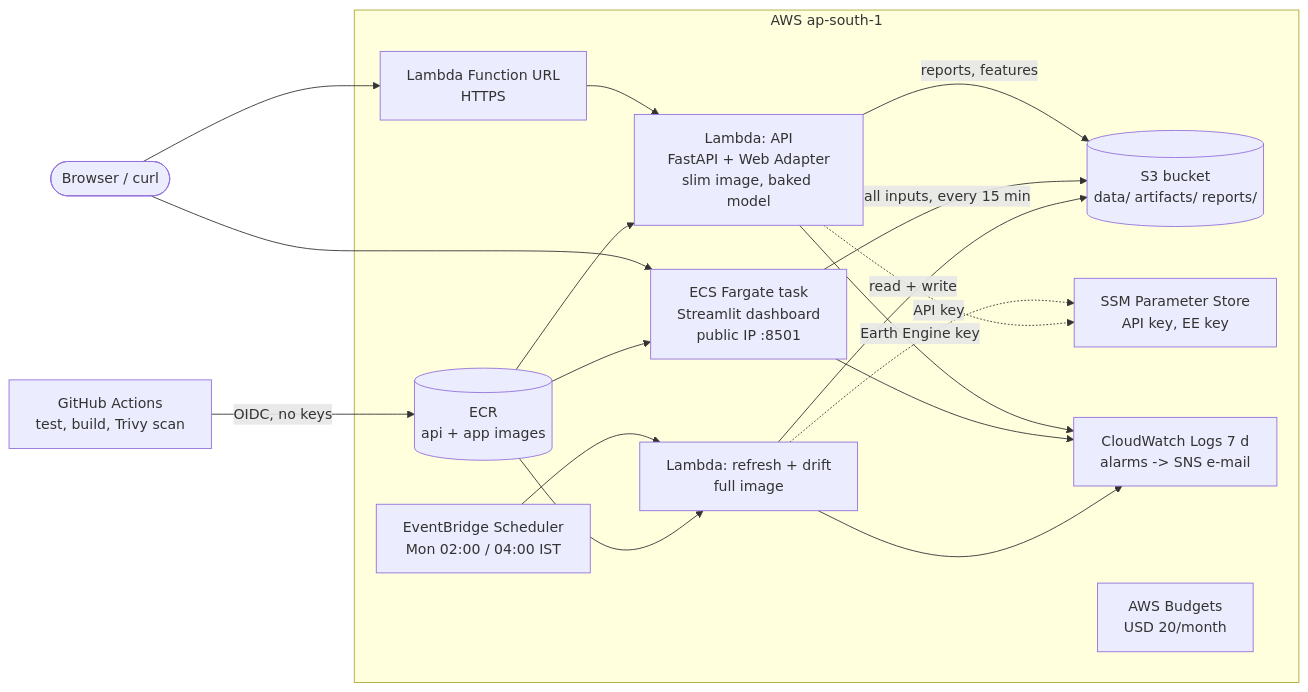
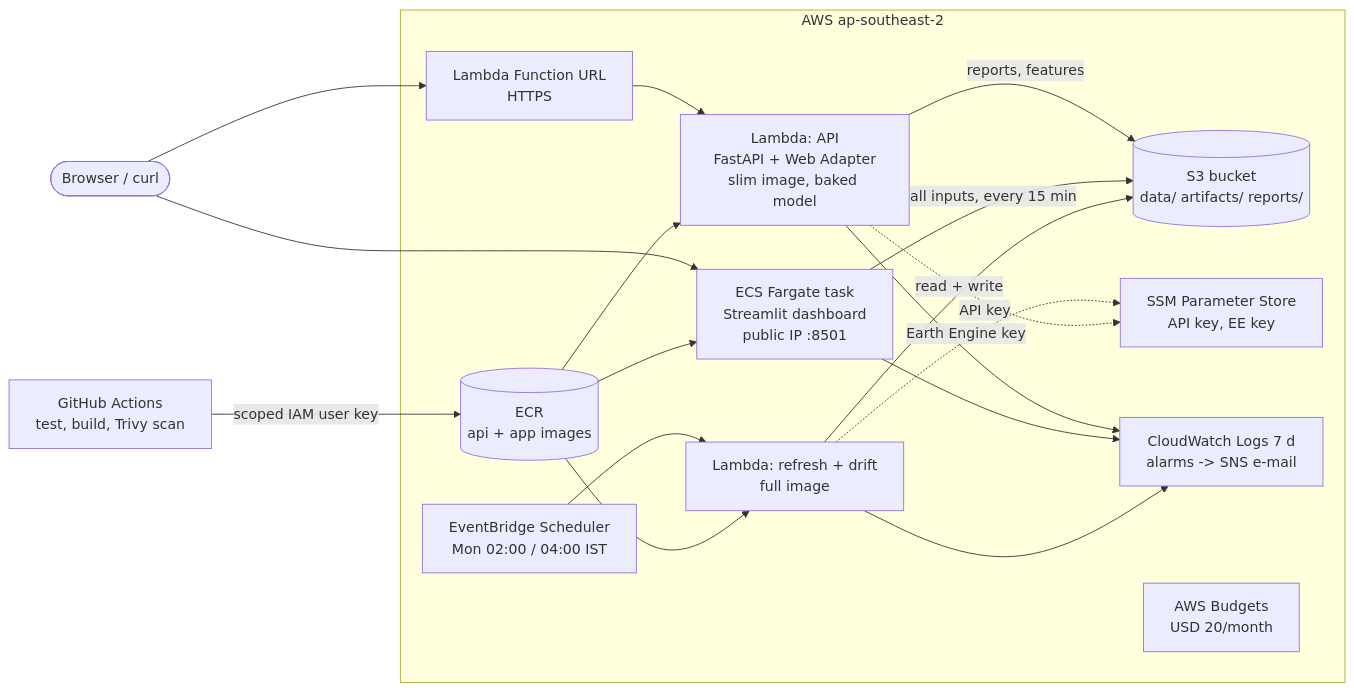
Before and after one commit to senthil-kanna/qglacierwatch: the diagram in docs/aws-deployment.md, drawn with Mermaid. The commit also changed other lines of this file and 3 other files, not shown here.

Commit message:
docs(aws): Sydney region, profile qgw, github-keys flow, Price List costs

````diff
--- a/docs/aws-deployment.md
+++ b/docs/aws-deployment.md
@@ -12,28 +23,28 @@
 ```mermaid
 flowchart LR
     user([Browser / curl])
     gh[GitHub Actions<br/>test, build, Trivy scan]
-    subgraph aws[AWS ap-south-1]
+    subgraph aws[AWS ap-southeast-2]
         url[Lambda Function URL<br/>HTTPS]
         api[Lambda: API<br/>FastAPI + Web Adapter<br/>slim image, baked model]
         ecs[ECS Fargate task<br/>Streamlit dashboard<br/>public IP :8501]
         sch[EventBridge Scheduler<br/>Mon 02:00 / 04:00 IST]
         jobs[Lambda: refresh + drift<br/>full image]
         s3[(S3 bucket<br/>data/ artifacts/ reports/)]
         ecr[(ECR<br/>api + app images)]
         ssm[SSM Parameter Store<br/>API key, EE key]
         cw[CloudWatch Logs 7 d<br/>alarms -> SNS e-mail]
         bud[AWS Budgets<br/>USD 20/month]
     end
     user --> url --> api
     user --> ecs
     sch --> jobs
     api -- reports, features --> s3
     ecs -- all inputs, every 15 min --> s3
     jobs -- read + write --> s3
     jobs -. Earth Engine key .-> ssm
     api -. API key .-> ssm
-    gh -- OIDC, no keys --> ecr
+    gh -- scoped IAM user key --> ecr
     ecr --> api & ecs & jobs
     api & ecs & jobs --> cw
 ```
````
